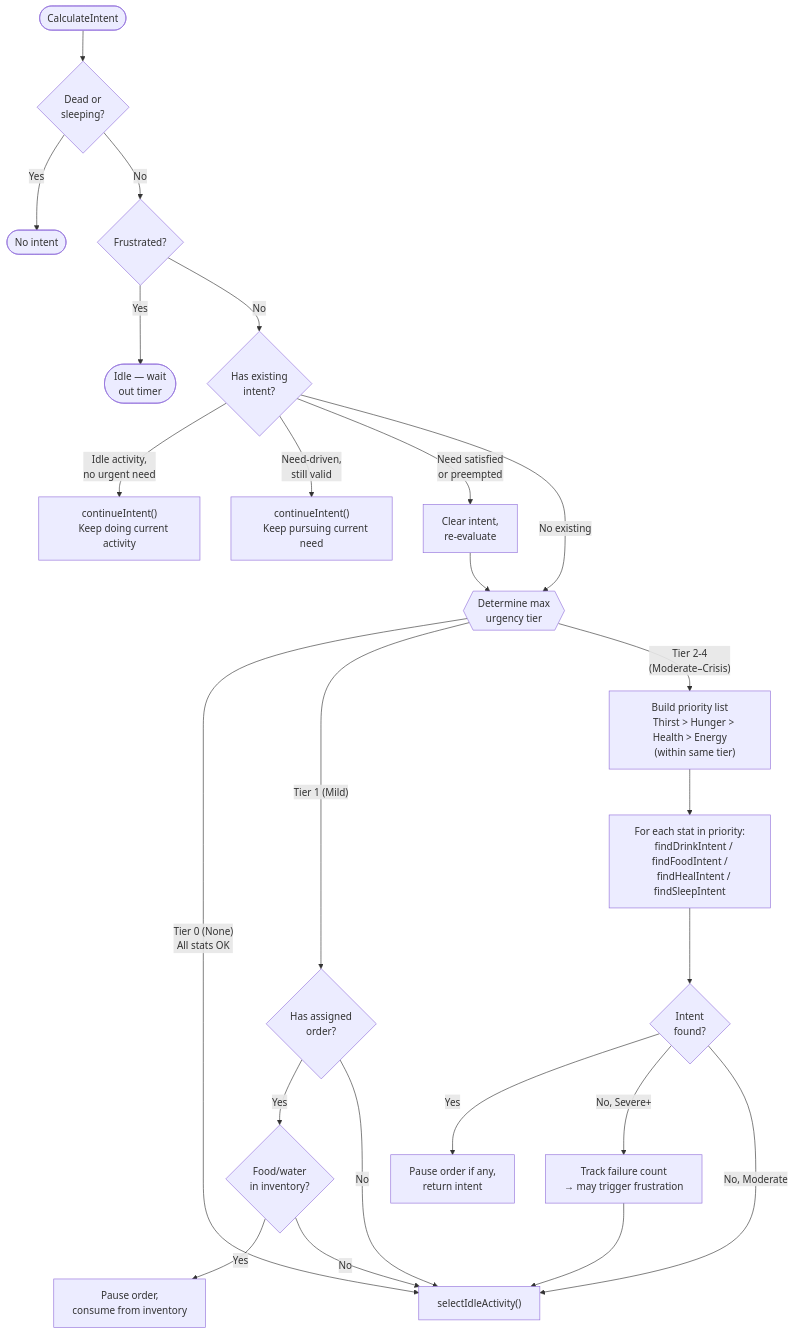
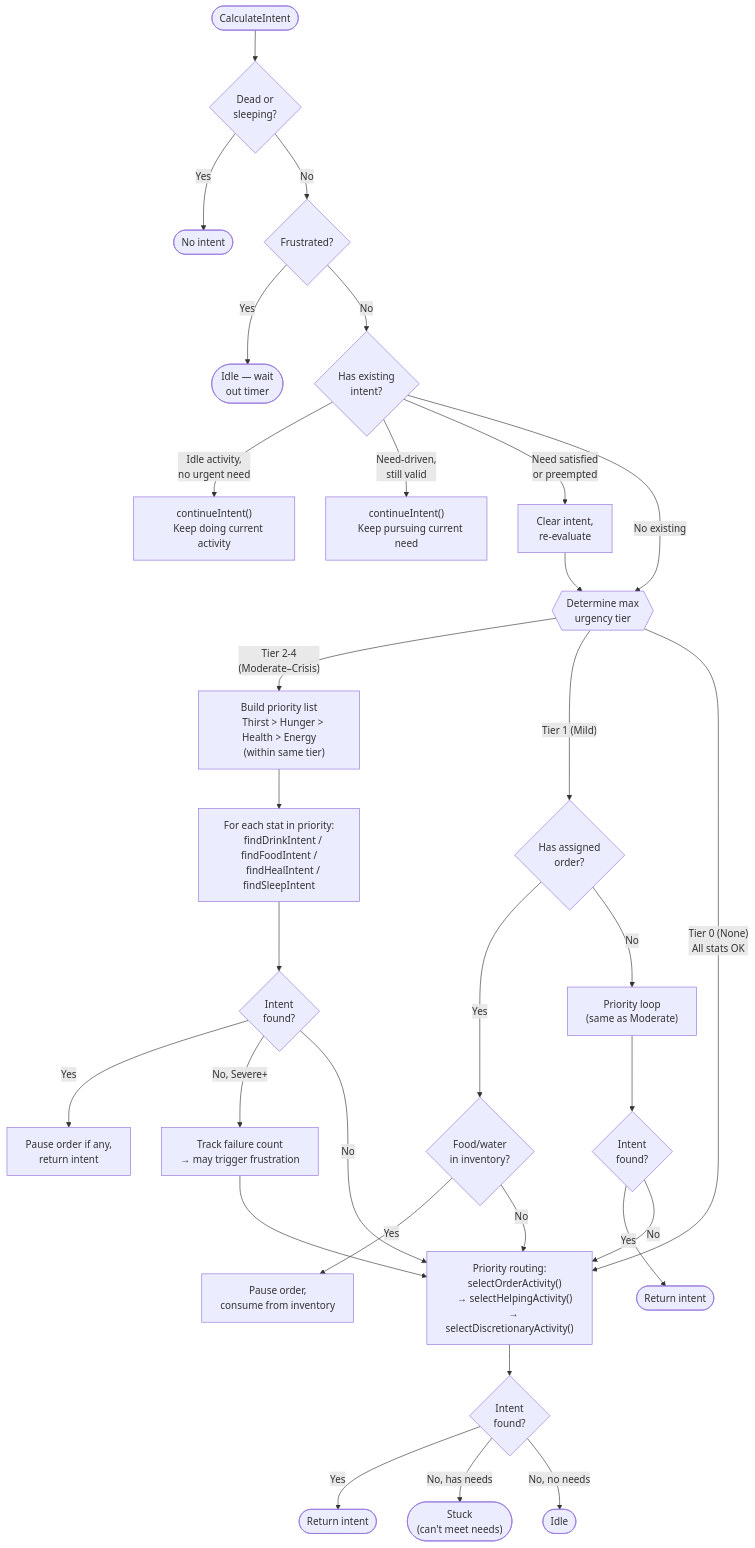
One commit to suzbot/petri changed the fifth of 10 diagrams in docs/flow-diagrams.md. Above: the diagram before and after it, drawn with Mermaid. The commit also changed other lines of this file and 10 other files, not shown here.

Commit message:
docs: update architecture docs for extraction and action priority model

````diff
--- a/docs/flow-diagrams.md
+++ b/docs/flow-diagrams.md
@@ -367,40 +374,56 @@
 ```mermaid
 flowchart TD
     start([CalculateIntent])
     start --> dead{Dead or<br/>sleeping?}
     dead -->|Yes| none1([No intent])
     dead -->|No| frust{Frustrated?}
     frust -->|Yes| none2([Idle — wait<br/>out timer])
     frust -->|No| existing{Has existing<br/>intent?}
 
     existing -->|Idle activity,<br/>no urgent need| cont1["continueIntent()
     Keep doing current activity"]
     existing -->|Need-driven,<br/>still valid| cont2["continueIntent()
     Keep pursuing current need"]
     existing -->|Need satisfied<br/>or preempted| clear[Clear intent,<br/>re-evaluate]
 
     clear --> tier
     existing -->|No existing| tier
 
     tier{{"Determine max<br/>urgency tier"}}
-    tier -->|"Tier 0 (None)<br/>All stats OK"| idle["selectIdleActivity()"]
-    tier -->|"Tier 1 (Mild)"| mild{Has assigned<br/>order?}
-    mild -->|Yes| invcheck{Food/water<br/>in inventory?}
-    invcheck -->|Yes| pause1["Pause order,<br/>consume from inventory"]
-    invcheck -->|No| idle
-    mild -->|No| idle
 
     tier -->|"Tier 2-4<br/>(Moderate–Crisis)"| priority["Build priority list
     Thirst > Hunger > Health > Energy
     (within same tier)"]
     priority --> trystat["For each stat in priority:
     findDrinkIntent / findFoodIntent /
     findHealIntent / findSleepIntent"]
     trystat --> found{Intent<br/>found?}
     found -->|Yes| pauseorder["Pause order if any,
     return intent"]
     found -->|No, Severe+| frustcheck["Track failure count
     → may trigger frustration"]
-    found -->|No, Moderate| idle
-    frustcheck --> idle
+    found -->|No| routing
+
+    tier -->|"Tier 1 (Mild)"| mild{Has assigned<br/>order?}
+    mild -->|Yes| invcheck{Food/water<br/>in inventory?}
+    invcheck -->|Yes| pause1["Pause order,<br/>consume from inventory"]
+    invcheck -->|No| routing
+    mild -->|No| mildloop["Priority loop
+    (same as Moderate)"]
+    mildloop --> mildresult{Intent<br/>found?}
+    mildresult -->|Yes| ret1([Return intent])
+    mildresult -->|No| routing
+
+    tier -->|"Tier 0 (None)<br/>All stats OK"| routing
+
+    frustcheck --> routing
+    routing["Priority routing:
+    selectOrderActivity()
+    → selectHelpingActivity()
+    → selectDiscretionaryActivity()"]
+    routing --> routeresult{Intent<br/>found?}
+    routeresult -->|Yes| ret2([Return intent])
+    routeresult -->|No, has needs| stuck(["Stuck
+    (can't meet needs)"])
+    routeresult -->|No, no needs| idle([Idle])
 ```
````
